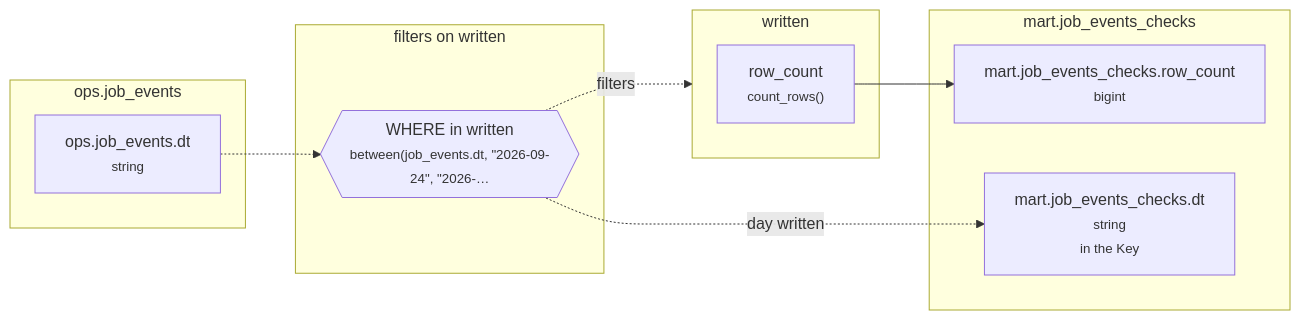
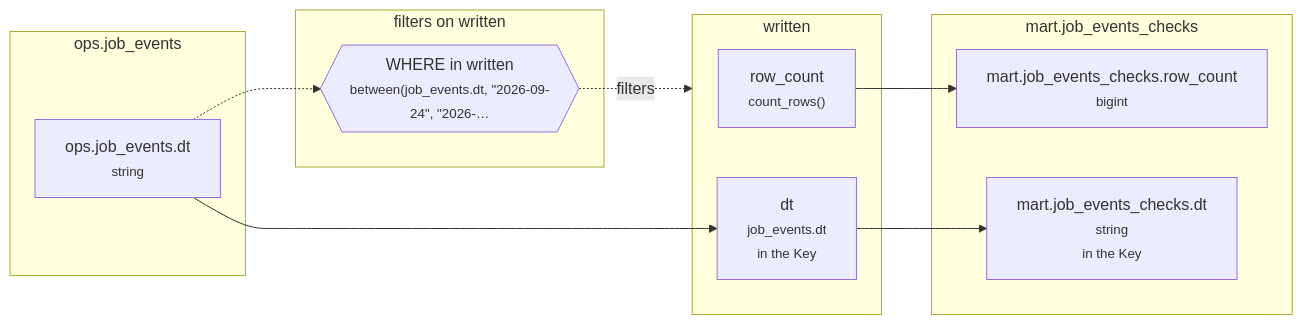
The diagram in example_projects/intermediate/tables/mart__job_events_checks/lineage/20260925-060000-mart__job_events_checks.md (EdgyPage/SQL-Composer), drawn with Mermaid before and after one commit. The commit also changed other lines of this file and 180 other files, not shown here.

````diff
--- a/example_projects/intermediate/tables/mart__job_events_checks/lineage/20260925-060000-mart__job_events_checks.md
+++ b/example_projects/intermediate/tables/mart__job_events_checks/lineage/20260925-060000-mart__job_events_checks.md
@@ -7,20 +7,22 @@
 ```mermaid
 flowchart LR
   subgraph g0["written"]
     n0["row_count<br/><small>count_rows()</small>"]
+    n2["dt<br/><small>job_events.dt</small><br/><small>in the Key</small>"]
   end
-  subgraph g1["filters on written"]
-    n1{{"WHERE in written<br/><small>between(job_events.dt, #quot;2026-09-24#quot;, #quot;2026-…</small>"}}
+  subgraph g1["ops.job_events"]
+    n1["ops.job_events.dt<br/><small>string</small>"]
   end
-  subgraph g2["ops.job_events"]
-    n2["ops.job_events.dt<br/><small>string</small>"]
+  subgraph g2["filters on written"]
+    n3{{"WHERE in written<br/><small>between(job_events.dt, #quot;2026-09-24#quot;, #quot;2026-…</small>"}}
   end
   subgraph g3["mart.job_events_checks"]
-    n3["mart.job_events_checks.row_count<br/><small>bigint</small>"]
-    n4["mart.job_events_checks.dt<br/><small>string</small><br/><small>in the Key</small>"]
+    n4["mart.job_events_checks.row_count<br/><small>bigint</small>"]
+    n5["mart.job_events_checks.dt<br/><small>string</small><br/><small>in the Key</small>"]
   end
-  n2 -.-> n1
-  n0 --> n3
-  n1 -.->|day written| n4
-  n1 -.->|filters| g0
+  n1 --> n2
+  n1 -.-> n3
+  n0 --> n4
+  n2 --> n5
+  n3 -.->|filters| g0
 ```
````
